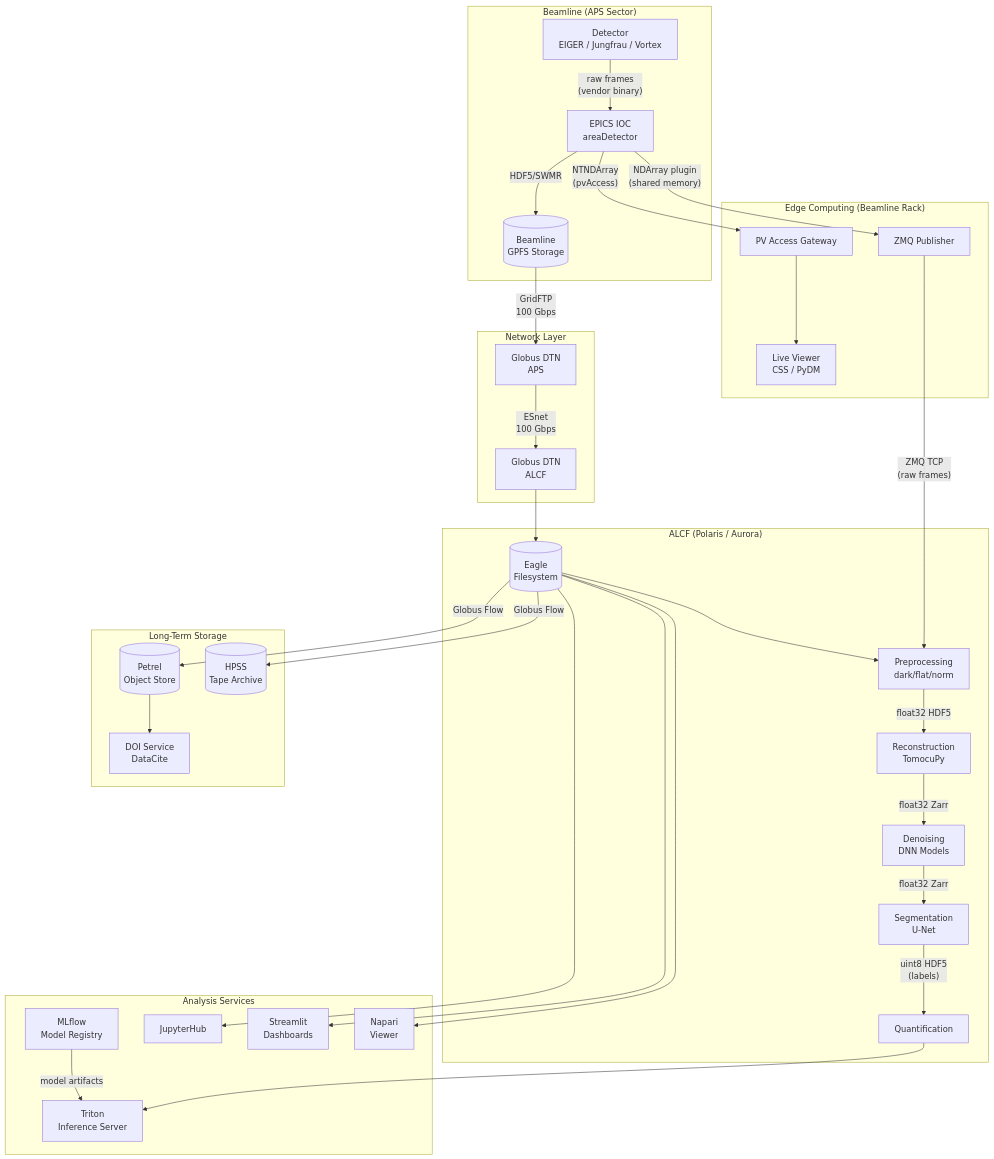
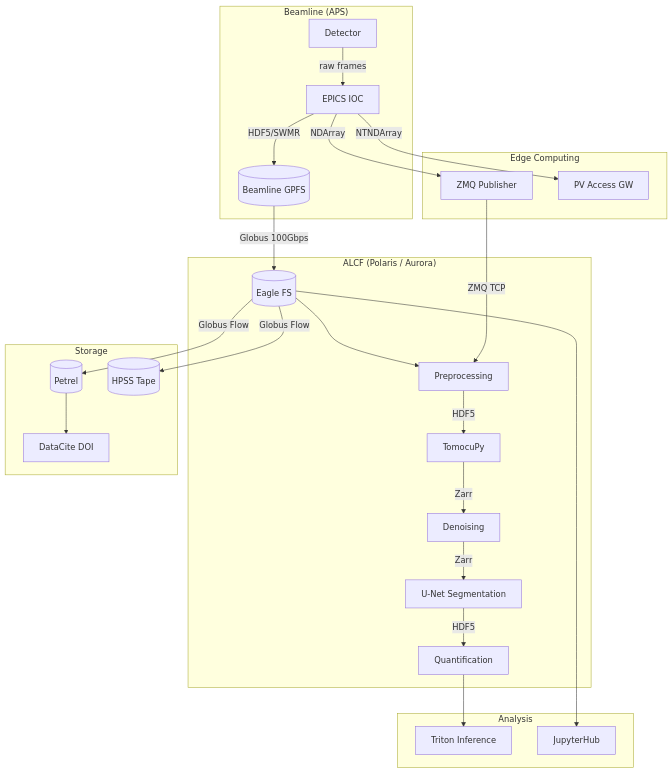
Before and after one commit to Denny-Hwang/synchrotron-data-analysis-notes: the first of 5 diagrams in 07_data_pipeline/architecture_diagram.md, drawn with Mermaid. The commit also changed other lines of this file and 17 other files, not shown here.

````diff
--- a/07_data_pipeline/architecture_diagram.md
+++ b/07_data_pipeline/architecture_diagram.md
@@ -11,64 +10,29 @@
 ```mermaid
 flowchart TB
-    subgraph BL["Beamline (APS Sector)"]
-        DET[Detector<br/>EIGER / Jungfrau / Vortex]
-        IOC[EPICS IOC<br/>areaDetector]
-        BL_GPFS[(Beamline<br/>GPFS Storage)]
-        DET -->|"raw frames<br/>(vendor binary)"| IOC
-        IOC -->|"HDF5/SWMR"| BL_GPFS
+    subgraph BL["Beamline (APS)"]
+        DET[Detector] -->|"raw frames"| IOC[EPICS IOC]
+        IOC -->|"HDF5/SWMR"| GPFS[(Beamline GPFS)]
     end
-
-    subgraph EDGE["Edge Computing (Beamline Rack)"]
-        ZMQ_PUB[ZMQ Publisher]
-        PVA_GW[PV Access Gateway]
-        LIVE[Live Viewer<br/>CSS / PyDM]
-        IOC -->|"NDArray plugin<br/>(shared memory)"| ZMQ_PUB
-        IOC -->|"NTNDArray<br/>(pvAccess)"| PVA_GW
-        PVA_GW --> LIVE
+    subgraph EDGE["Edge Computing"]
+        IOC -->|"NDArray"| ZMQ_PUB[ZMQ Publisher]
+        IOC -->|"NTNDArray"| PVA[PV Access GW]
     end
-
-    subgraph NET["Network Layer"]
-        GLB_DTN_APS[Globus DTN<br/>APS]
-        GLB_DTN_ALCF[Globus DTN<br/>ALCF]
-        BL_GPFS -->|"GridFTP<br/>100 Gbps"| GLB_DTN_APS
-        GLB_DTN_APS -->|"ESnet<br/>100 Gbps"| GLB_DTN_ALCF
+    subgraph ALCF["ALCF (Polaris / Aurora)"]
+        EAGLE[(Eagle FS)]
+        PRE[Preprocessing] -->|"HDF5"| REC[TomocuPy]
+        REC -->|"Zarr"| DEN[Denoising]
+        DEN -->|"Zarr"| SEG[U-Net Segmentation]
+        SEG -->|"HDF5"| QNT[Quantification]
+        GPFS -->|"Globus 100Gbps"| EAGLE --> PRE
+        ZMQ_PUB -->|"ZMQ TCP"| PRE
     end
-
-    subgraph ALCF["ALCF (Polaris / Aurora)"]
-        EAGLE[(Eagle<br/>Filesystem)]
-        PREPROC[Preprocessing<br/>dark/flat/norm]
-        RECON[Reconstruction<br/>TomocuPy]
-        DENOISE[Denoising<br/>DNN Models]
-        SEGMENT[Segmentation<br/>U-Net]
-        QUANT[Quantification]
-        GLB_DTN_ALCF --> EAGLE
-        ZMQ_PUB -->|"ZMQ TCP<br/>(raw frames)"| PREPROC
-        EAGLE --> PREPROC
-        PREPROC -->|"float32 HDF5"| RECON
-        RECON -->|"float32 Zarr"| DENOISE
-        DENOISE -->|"float32 Zarr"| SEGMENT
-        SEGMENT -->|"uint8 HDF5<br/>(labels)"| QUANT
+    subgraph ANALYSIS["Analysis"]
+        QNT --> TRT[Triton Inference]
+        EAGLE --> JH[JupyterHub]
     end
-
-    subgraph ANALYSIS["Analysis Services"]
-        MLFLOW[MLflow<br/>Model Registry]
-        TRITON[Triton<br/>Inference Server]
-        JHUB[JupyterHub]
-        STLIT[Streamlit<br/>Dashboards]
-        NAPARI[Napari<br/>Viewer]
-        QUANT --> TRITON
-        MLFLOW -->|"model artifacts"| TRITON
-        EAGLE --> JHUB
-        EAGLE --> STLIT
-        EAGLE --> NAPARI
-    end
-
-    subgraph STORE["Long-Term Storage"]
-        PETREL[(Petrel<br/>Object Store)]
-        TAPE[(HPSS<br/>Tape Archive)]
-        DOI_SVC[DOI Service<br/>DataCite]
-        EAGLE -->|"Globus Flow"| PETREL
-        EAGLE -->|"Globus Flow"| TAPE
-        PETREL --> DOI_SVC
+    subgraph STORE["Storage"]
+        EAGLE -->|"Globus Flow"| PET[(Petrel)]
+        EAGLE -->|"Globus Flow"| TAPE[(HPSS Tape)]
+        PET --> DOI[DataCite DOI]
     end
 ```
````
